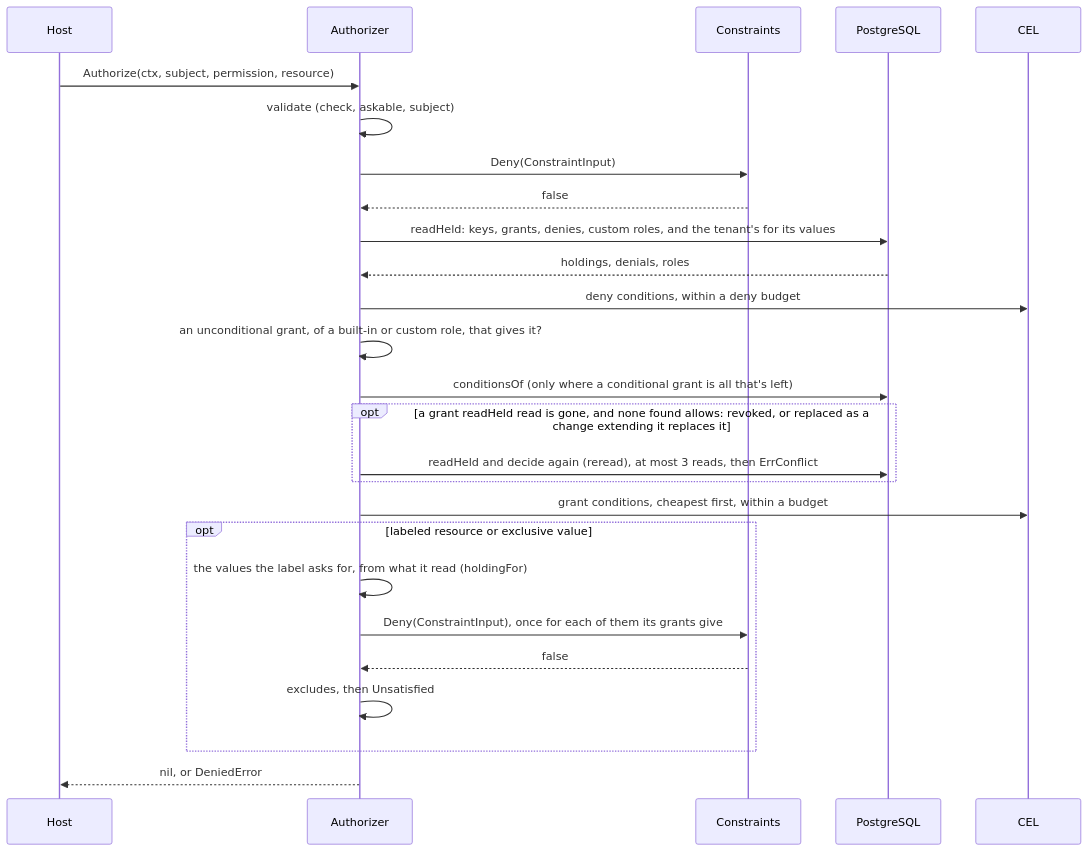
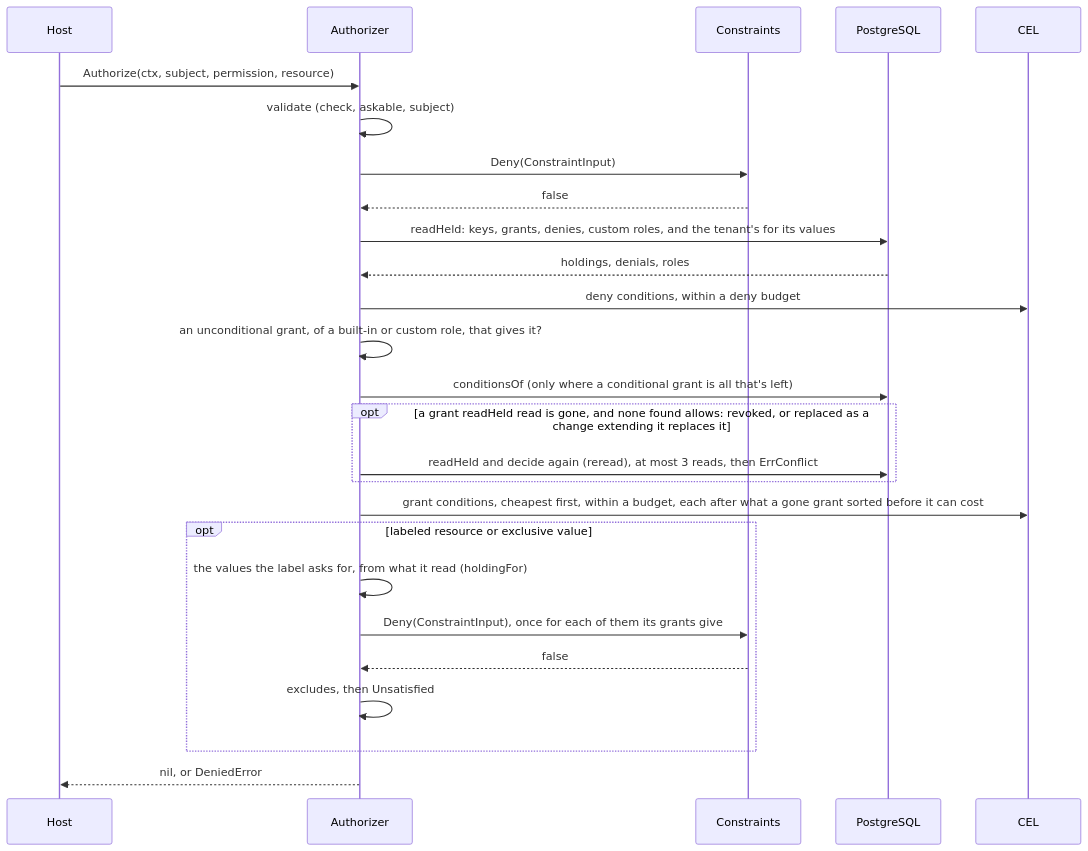
Before and after one commit to parallelworks/rbac: the seventh of 14 diagrams in docs/architecture.md, drawn with Mermaid. The commit also changed other lines of this file and 5 other files, not shown here.

Commit message:
fix: a check allowed, and Permissions, Holding and Filter gave, what no moment did where a costly conditional grant was replaced as it ran at the budget's edge (#166)

````diff
--- a/docs/architecture.md
+++ b/docs/architecture.md
@@ -603,28 +603,28 @@
 ```mermaid
 sequenceDiagram
     participant H as Host
     participant A as Authorizer
     participant C as Constraints
     participant DB as PostgreSQL
     participant E as CEL
     H->>A: Authorize(ctx, subject, permission, resource)
     A->>A: validate (check, askable, subject)
     A->>C: Deny(ConstraintInput)
     C-->>A: false
     A->>DB: readHeld: keys, grants, denies, custom roles, and the tenant's for its values
     DB-->>A: holdings, denials, roles
     A->>E: deny conditions, within a deny budget
     A->>A: an unconditional grant, of a built-in or custom role, that gives it?
     A->>DB: conditionsOf (only where a conditional grant is all that's left)
     opt a grant readHeld read is gone, and none found allows: revoked, or replaced as a change extending it replaces it
         A->>DB: readHeld and decide again (reread), at most 3 reads, then ErrConflict
     end
-    A->>E: grant conditions, cheapest first, within a budget
+    A->>E: grant conditions, cheapest first, within a budget, each after what a gone grant sorted before it can cost
     opt labeled resource or exclusive value
         A->>A: the values the label asks for, from what it read (holdingFor)
         A->>C: Deny(ConstraintInput), once for each of them its grants give
         C-->>A: false
         A->>A: excludes, then Unsatisfied
     end
     A-->>H: nil, or DeniedError
 ```
````
